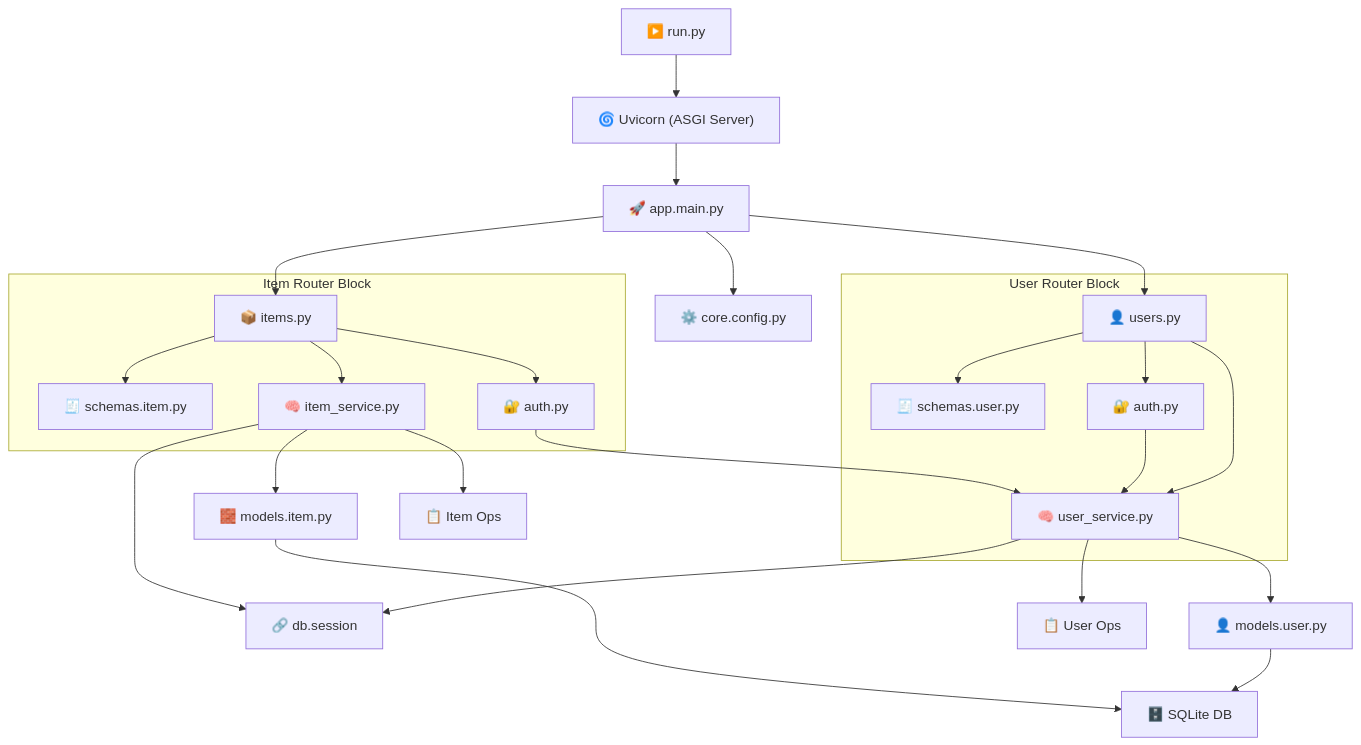
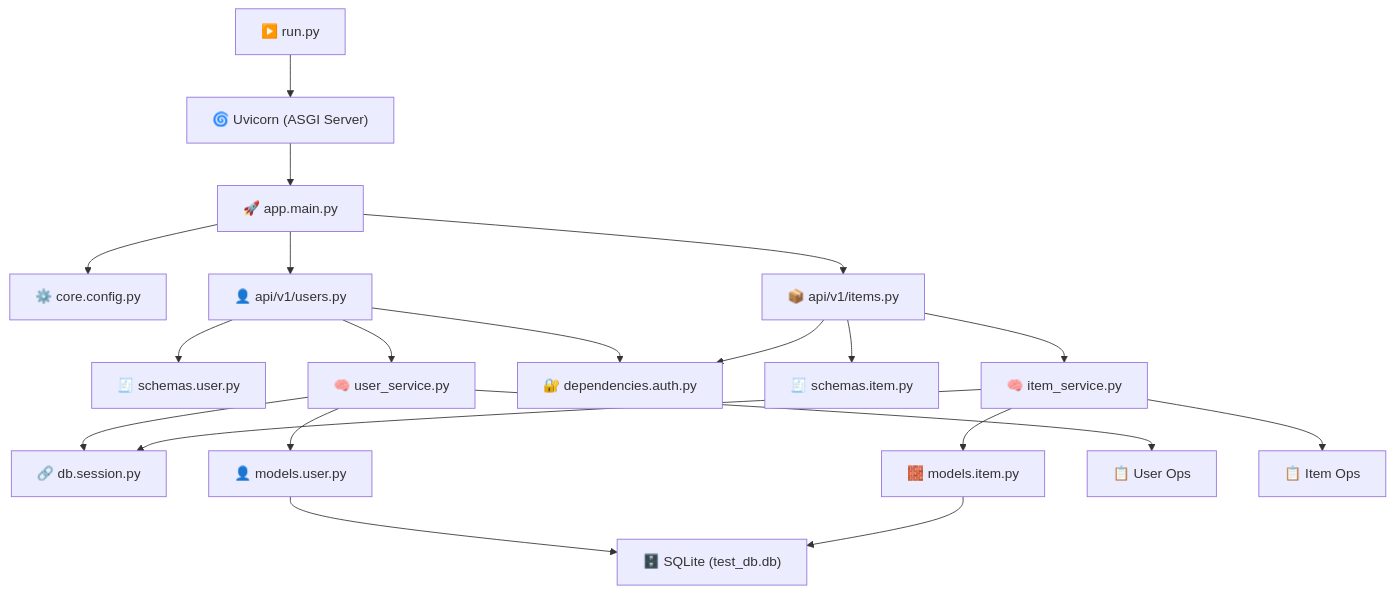
The first of 2 diagrams in README.md (berserkhmdvhb/fastapi-template-dev), drawn with Mermaid before and after one commit.

````diff
--- a/README.md
+++ b/README.md
@@ -52,43 +52,36 @@
 ```mermaid
 graph TD
-    %% Entry
+    %% Entry Point
     Run["▶️ run.py"] --> Uvicorn["🌀 Uvicorn (ASGI Server)"]
     Uvicorn --> App["🚀 app.main.py"]
 
-    %% App Layer
+    %% App Core
     App --> Config["⚙️ core.config.py"]
-    App --> UsersRouter["👤 users.py"]
-    App --> ItemsRouter["📦 items.py"]
+    App --> UsersRouter["👤 api/v1/users.py"]
+    App --> ItemsRouter["📦 api/v1/items.py"]
 
-    %% Routers
-    subgraph UsersRouterBlock["User Router Block"]
-        UsersRouter --> UserSchemas["🧾 schemas.user.py"]
-        UsersRouter --> UserService["🧠 user_service.py"]
-        UsersRouter --> Auth1["🔐 auth.py"]
-    end
+    %% Routers to Shared Layers
+    UsersRouter --> UserSchemas["🧾 schemas.user.py"]
+    UsersRouter --> UserService["🧠 user_service.py"]
+    UsersRouter --> Auth["🔐 dependencies.auth.py"]
 
-    subgraph ItemsRouterBlock["Item Router Block"]
-        ItemsRouter --> ItemSchemas["🧾 schemas.item.py"]
-        ItemsRouter --> ItemService["🧠 item_service.py"]
-        ItemsRouter --> Auth2["🔐 auth.py"]
-    end
+    ItemsRouter --> ItemSchemas["🧾 schemas.item.py"]
+    ItemsRouter --> ItemService["🧠 item_service.py"]
+    ItemsRouter --> Auth
 
-    %% Auth
-    Auth1 --> UserService
-    Auth2 --> UserService
-
-    %% Shared DB Session
-    UserService --> DBSession["🔗 db.session"]
+    %% Services to Shared DB
+    UserService --> DBSession["🔗 db.session.py"]
     ItemService --> DBSession
 
-    %% Models & DB
+    %% Services to Models
     UserService --> UserModel["👤 models.user.py"]
     ItemService --> ItemModel["🧱 models.item.py"]
 
-    UserModel --> SQLite["🗄️ SQLite DB"]
+    %% Models to DB
+    UserModel --> SQLite["🗄️ SQLite (test_db.db)"]
     ItemModel --> SQLite
 
     %% Abstract Logic
     UserService --> UserLogic["📋 User Ops"]
     ItemService --> ItemLogic["📋 Item Ops"]
 ```
````
